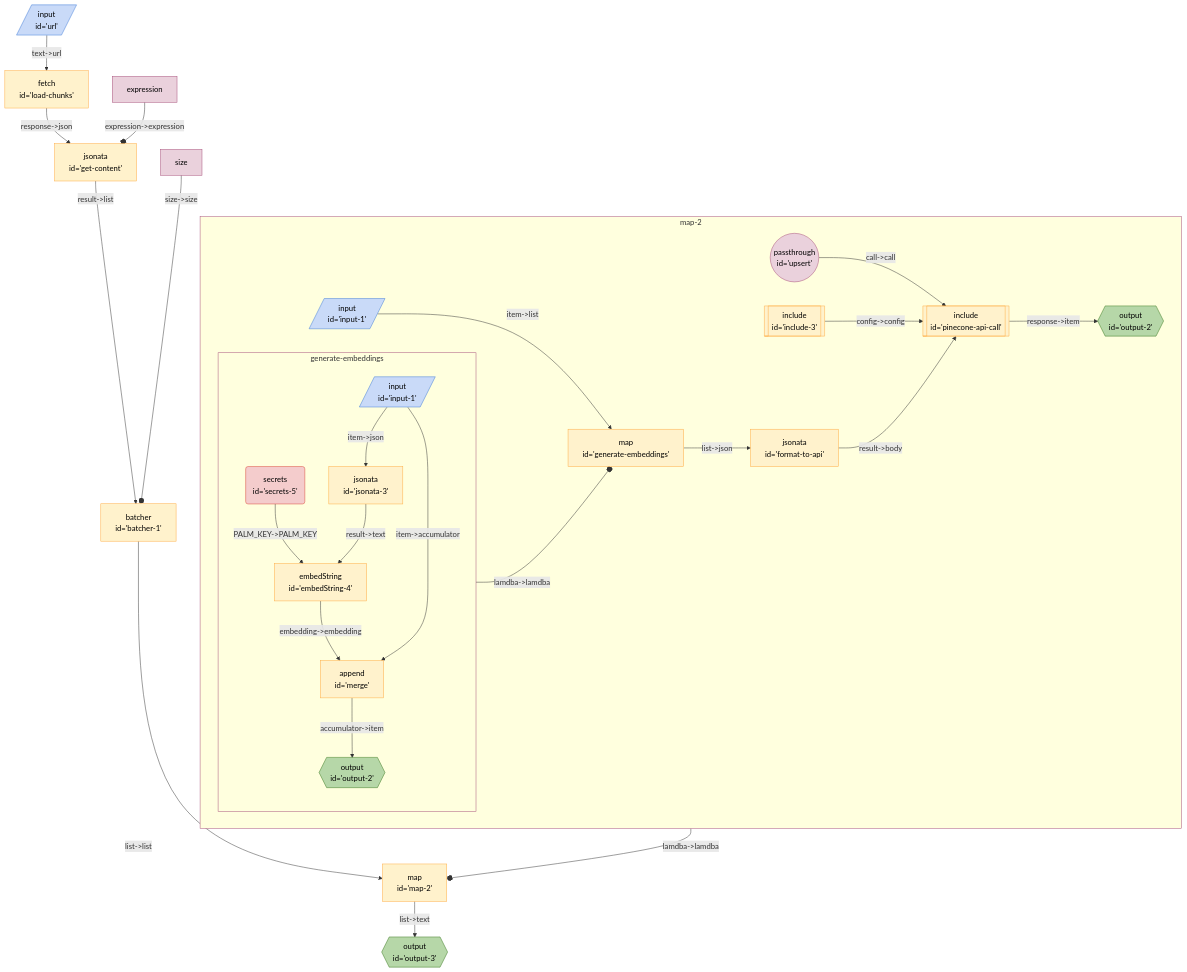
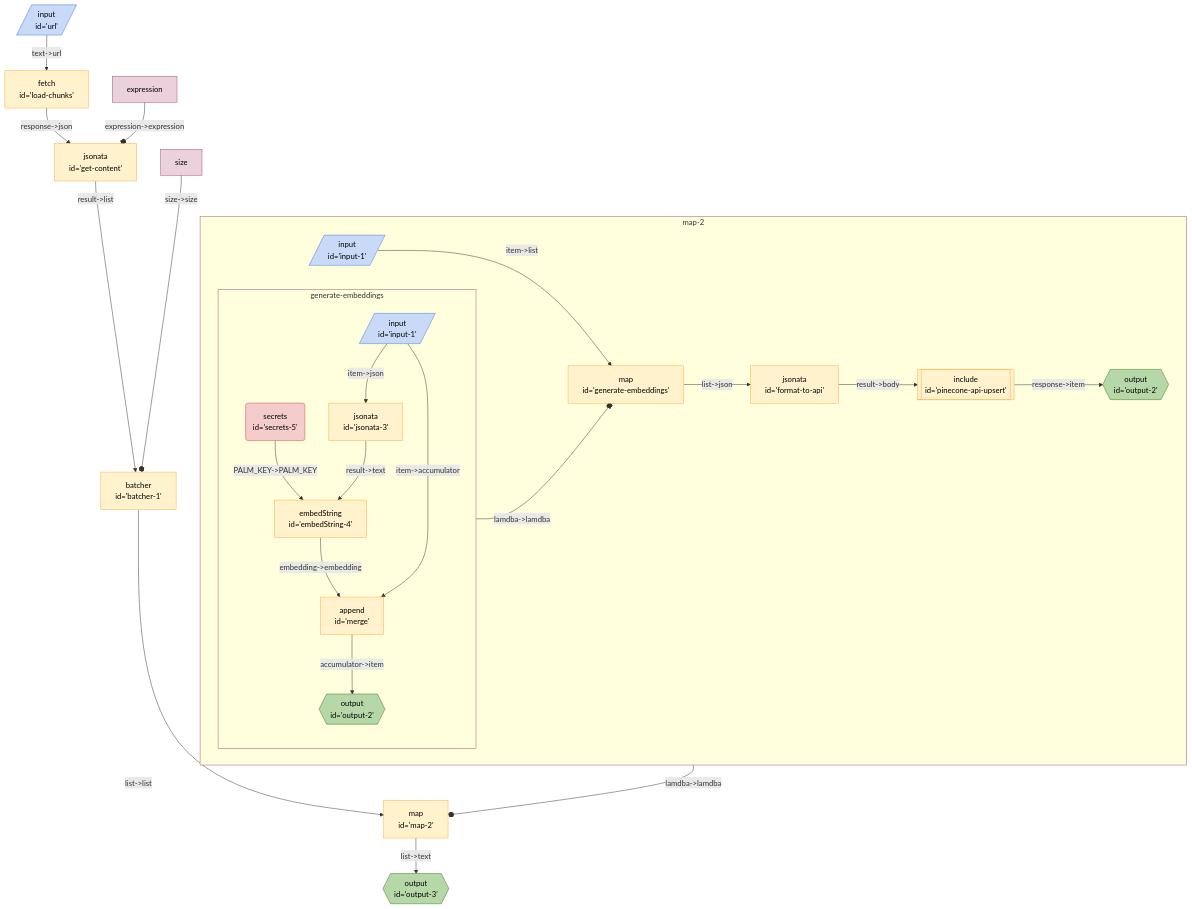
One commit to breadboard-ai/breadboard changed the diagram in seeds/graph-playground/docs/graphs/pinecone-load.md. Above: the diagram before and after it, drawn with Mermaid. The commit also changed 5 other files, not shown here.

Commit message:
[graph-playground] Introduce `pinecone-api-upsert`.

````diff
--- a/seeds/graph-playground/docs/graphs/pinecone-load.md
+++ b/seeds/graph-playground/docs/graphs/pinecone-load.md
@@ -5,47 +5,43 @@
   ```mermaid
   %%{init: 'themeVariables': { 'fontFamily': 'Fira Code, monospace' }}%%
 graph TD;
 map2["map <br> id='map-2'"] -- "list->text" --> output3{{"output <br> id='output-3'"}}:::output
 subgraph sg_map2 [map-2]
-map2_upsert(("passthrough <br> id='upsert'")):::passthrough -- "call->call" --> map2_pineconeapicall[["include <br> id='pinecone-api-call'"]]:::include
-map2_include3[["include <br> id='include-3'"]]:::include -- "config->config" --> map2_pineconeapicall[["include <br> id='pinecone-api-call'"]]:::include
-map2_pineconeapicall[["include <br> id='pinecone-api-call'"]]:::include -- "response->item" --> map2_output2{{"output <br> id='output-2'"}}:::output
-map2_formattoapi["jsonata <br> id='format-to-api'"] -- "result->body" --> map2_pineconeapicall[["include <br> id='pinecone-api-call'"]]:::include
+map2_pineconeapiupsert[["include <br> id='pinecone-api-upsert'"]]:::include -- "response->item" --> map2_output2{{"output <br> id='output-2'"}}:::output
+map2_formattoapi["jsonata <br> id='format-to-api'"] -- "result->body" --> map2_pineconeapiupsert[["include <br> id='pinecone-api-upsert'"]]:::include
 map2_generateembeddings["map <br> id='generate-embeddings'"] -- "list->json" --> map2_formattoapi["jsonata <br> id='format-to-api'"]
 subgraph sg_generateembeddings [generate-embeddings]
 map2_generateembeddings_embedString4["embedString <br> id='embedString-4'"] -- "embedding->embedding" --> map2_generateembeddings_merge["append <br> id='merge'"]
 map2_generateembeddings_secrets5("secrets <br> id='secrets-5'"):::secrets -- "PALM_KEY->PALM_KEY" --> map2_generateembeddings_embedString4["embedString <br> id='embedString-4'"]
 map2_generateembeddings_jsonata3["jsonata <br> id='jsonata-3'"] -- "result->text" --> map2_generateembeddings_embedString4["embedString <br> id='embedString-4'"]
 map2_generateembeddings_input1[/"input <br> id='input-1'"/]:::input -- "item->json" --> map2_generateembeddings_jsonata3["jsonata <br> id='jsonata-3'"]
 map2_generateembeddings_merge["append <br> id='merge'"] -- "accumulator->item" --> map2_generateembeddings_output2{{"output <br> id='output-2'"}}:::output
 map2_generateembeddings_input1[/"input <br> id='input-1'"/]:::input -- "item->accumulator" --> map2_generateembeddings_merge["append <br> id='merge'"]
 
 
 end
 sg_generateembeddings:::slotted -- "lamdba->lamdba" --o map2_generateembeddings
 
 map2_input1[/"input <br> id='input-1'"/]:::input -- "item->list" --> map2_generateembeddings["map <br> id='generate-embeddings'"]
-
-
 
 
 
 end
 sg_map2:::slotted -- "lamdba->lamdba" --o map2
 
 batcher1["batcher <br> id='batcher-1'"] -- "list->list" --> map2["map <br> id='map-2'"]
 getcontent["jsonata <br> id='get-content'"] -- "result->list" --> batcher1["batcher <br> id='batcher-1'"]
 loadchunks["fetch <br> id='load-chunks'"] -- "response->json" --> getcontent["jsonata <br> id='get-content'"]
 url[/"input <br> id='url'"/]:::input -- "text->url" --> loadchunks["fetch <br> id='load-chunks'"]
 expressiongetcontent[expression]:::config -- "expression->expression" --o getcontent
 sizebatcher1[size]:::config -- "size->size" --o batcher1
 
 classDef default stroke:#ffab40,fill:#fff2ccff,color:#000
 classDef input stroke:#3c78d8,fill:#c9daf8ff,color:#000
 classDef output stroke:#38761d,fill:#b6d7a8ff,color:#000
 classDef passthrough stroke:#a64d79,fill:#ead1dcff,color:#000
 classDef slot stroke:#a64d79,fill:#ead1dcff,color:#000
 classDef config stroke:#a64d79,fill:#ead1dcff,color:#000
 classDef secrets stroke:#db4437,fill:#f4cccc,color:#000
 classDef slotted stroke:#a64d79
   ```
````
